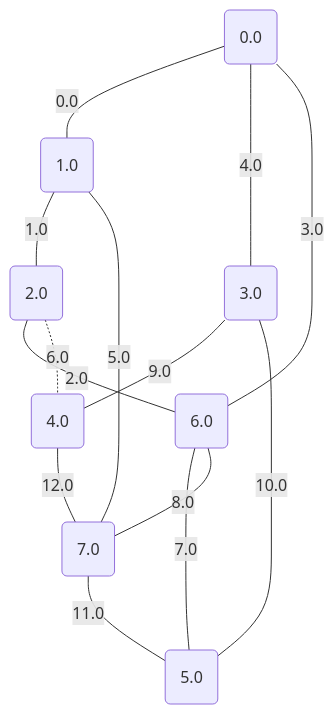
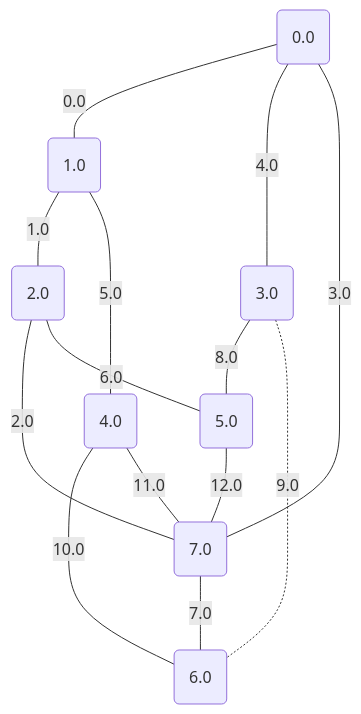
Before and after one commit to metury/graphs: the sixth of 17 diagrams in project/src/testing/minCutPetersen.md, drawn with Mermaid. The commit also changed other lines of this file and 27 other files, not shown here.

````diff
--- a/project/src/testing/minCutPetersen.md
+++ b/project/src/testing/minCutPetersen.md
@@ -164,24 +164,24 @@
 ```mermaid
 graph TD;
 0("0.0");
 1("1.0");
 2("2.0");
 3("3.0");
 4("4.0");
 5("5.0");
 6("6.0");
 7("7.0");
 	0 -- "0.0" --- 1;
 	1 -- "1.0" --- 2;
-	2 -- "2.0" --- 6;
-	6 -- "3.0" --- 0;
+	2 -- "2.0" --- 7;
+	7 -- "3.0" --- 0;
 	0 -- "4.0" --- 3;
-	1 -- "5.0" --- 7;
-	2 -. "6.0" -.- 4;
-	6 -- "7.0" --- 5;
-	6 -- "8.0" --- 7;
-	3 -- "9.0" --- 4;
-	3 -- "10.0" --- 5;
-	7 -- "11.0" --- 5;
-	4 -- "12.0" --- 7;
+	1 -- "5.0" --- 4;
+	2 -- "6.0" --- 5;
+	7 -- "7.0" --- 6;
+	3 -- "8.0" --- 5;
+	3 -. "9.0" -.- 6;
+	4 -- "10.0" --- 6;
+	4 -- "11.0" --- 7;
+	5 -- "12.0" --- 7;
 ```
````
